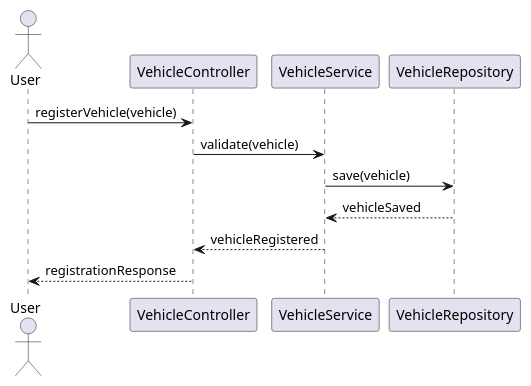
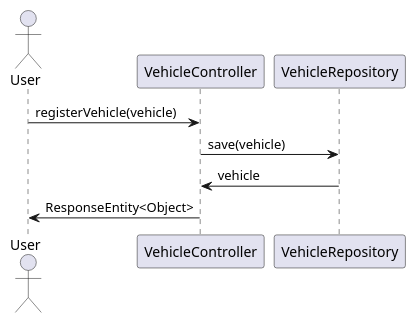
One commit to Dinesh-s95/AutoDoc.ai changed the first of 4 diagrams in vehiclemanagement/documentation/detaileddesign.adoc. Above: the diagram before and after it, drawn with PlantUML. The commit also changed other lines of this file and 15 other files, not shown here.

```diff
--- a/vehiclemanagement/documentation/detaileddesign.adoc
+++ b/vehiclemanagement/documentation/detaileddesign.adoc
@@ -75,16 +79,13 @@
 [plantuml, user-registration-sequence, png]
-----
+....
 @startuml
 actor User
-participant VehicleController
-participant VehicleService
-participant VehicleRepository
+participant "VehicleController" as VC
+participant "VehicleRepository" as VR
 
-User -> VehicleController : registerVehicle(vehicle)
-VehicleController -> VehicleService : validate(vehicle)
-VehicleService -> VehicleRepository : save(vehicle)
-VehicleRepository --> VehicleService : vehicleSaved
-VehicleService --> VehicleController : vehicleRegistered
-VehicleController --> User : registrationResponse
+User -> VC : registerVehicle(vehicle)
+VC -> VR : save(vehicle)
+VR -> VC : vehicle
+VC -> User : ResponseEntity<Object>
 @enduml
-----
+....
```
